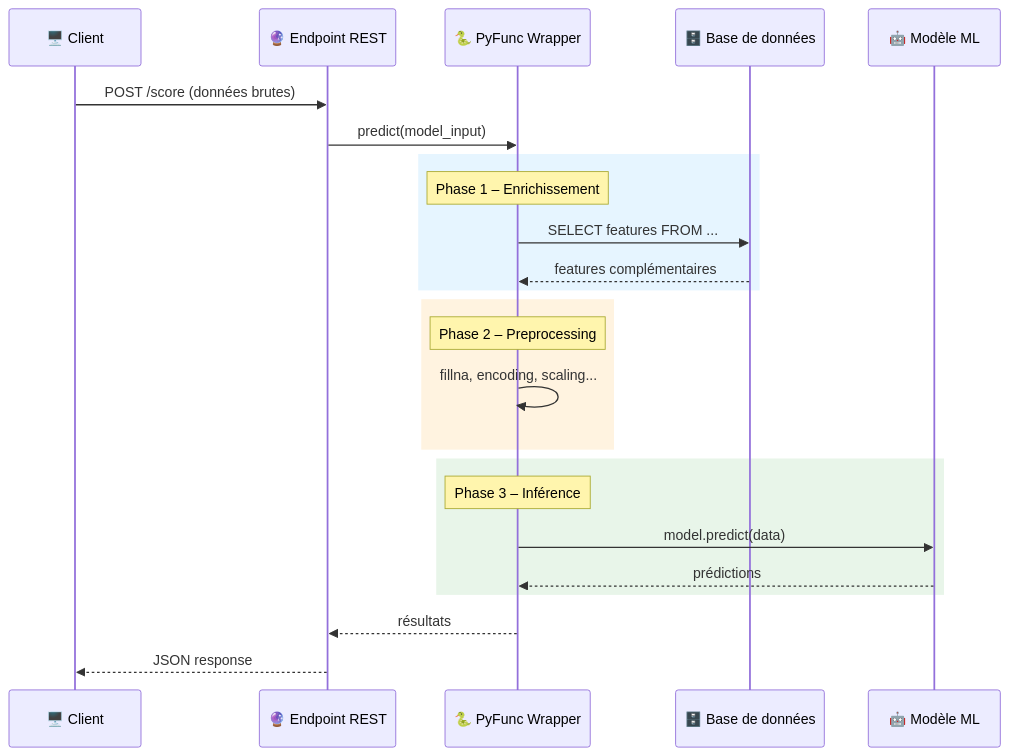
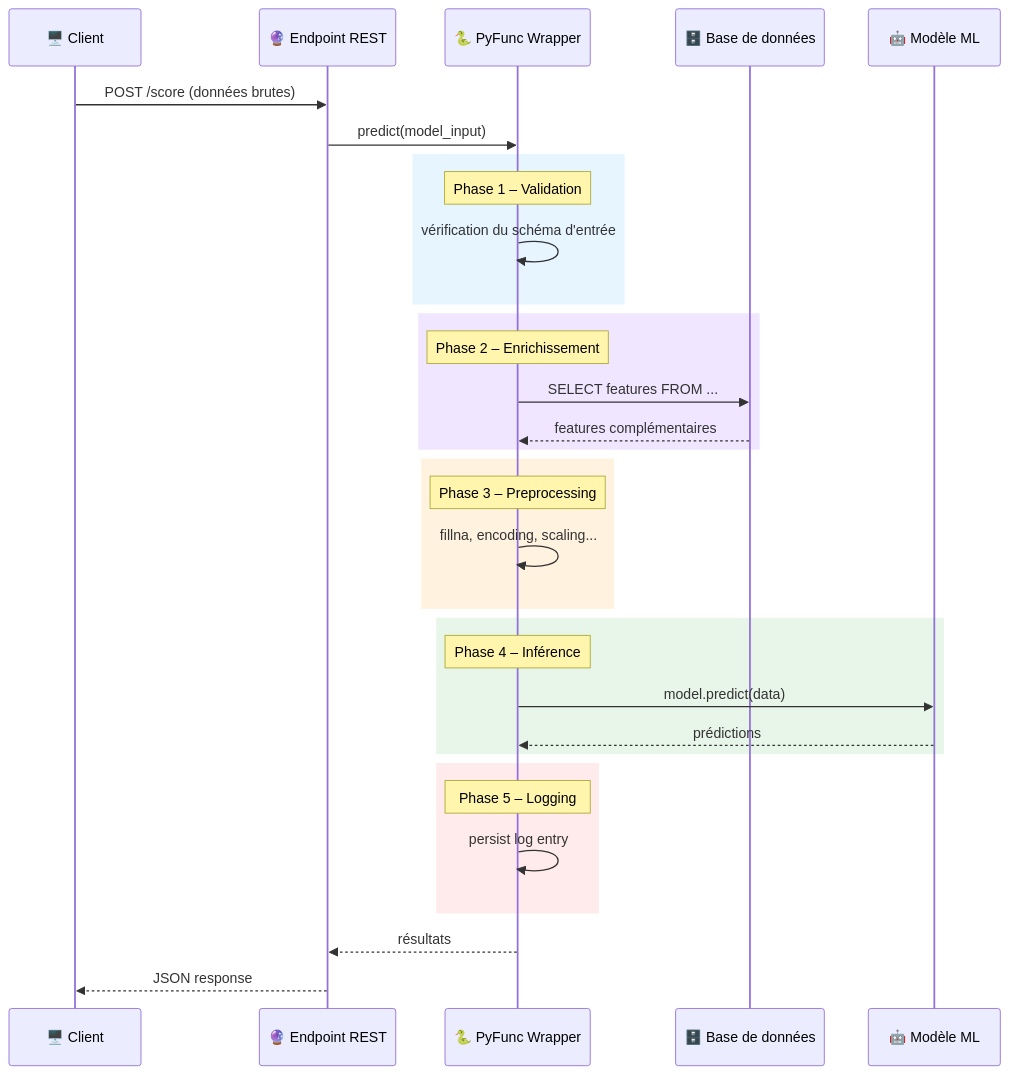
Before and after one commit to fredgis/fabric-foundry-kb: the third of 6 diagrams in MLinFabric.md, drawn with Mermaid. The commit also changed other lines of this file, not shown here.

````diff
--- a/MLinFabric.md
+++ b/MLinFabric.md
@@ -91,31 +197,41 @@
 ```mermaid
 sequenceDiagram
     participant Client as 🖥️ Client
     participant Endpoint as 🔮 Endpoint REST
     participant Wrapper as 🐍 PyFunc Wrapper
     participant DB as 🗄️ Base de données
     participant Model as 🤖 Modèle ML
 
     Client->>Endpoint: POST /score (données brutes)
     Endpoint->>Wrapper: predict(model_input)
 
     rect rgb(230, 245, 255)
-        Note over Wrapper: Phase 1 – Enrichissement
+        Note over Wrapper: Phase 1 – Validation
+        Wrapper->>Wrapper: vérification du schéma d'entrée
+    end
+
+    rect rgb(240, 230, 255)
+        Note over Wrapper: Phase 2 – Enrichissement
         Wrapper->>DB: SELECT features FROM ...
         DB-->>Wrapper: features complémentaires
     end
 
     rect rgb(255, 243, 224)
-        Note over Wrapper: Phase 2 – Preprocessing
+        Note over Wrapper: Phase 3 – Preprocessing
         Wrapper->>Wrapper: fillna, encoding, scaling...
     end
 
     rect rgb(232, 245, 233)
-        Note over Wrapper: Phase 3 – Inférence
+        Note over Wrapper: Phase 4 – Inférence
         Wrapper->>Model: model.predict(data)
         Model-->>Wrapper: prédictions
+    end
+
+    rect rgb(255, 235, 235)
+        Note over Wrapper: Phase 5 – Logging
+        Wrapper->>Wrapper: persist log entry
     end
 
     Wrapper-->>Endpoint: résultats
     Endpoint-->>Client: JSON response
 ```
````
